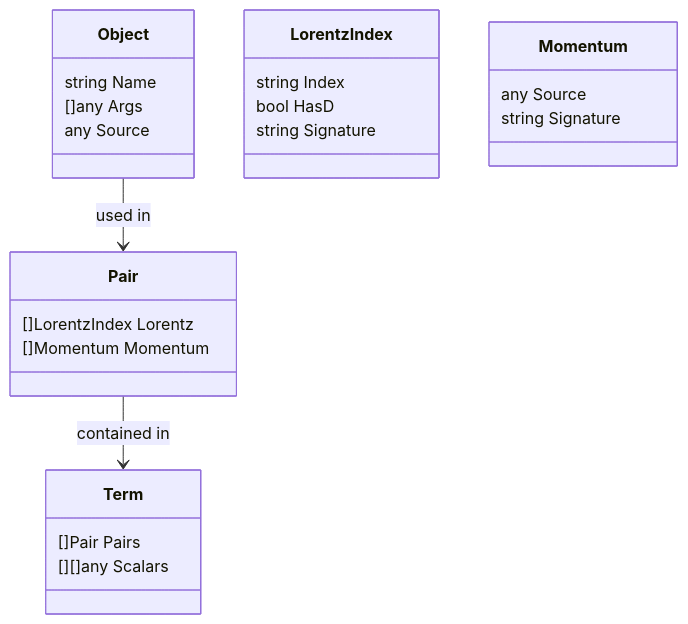
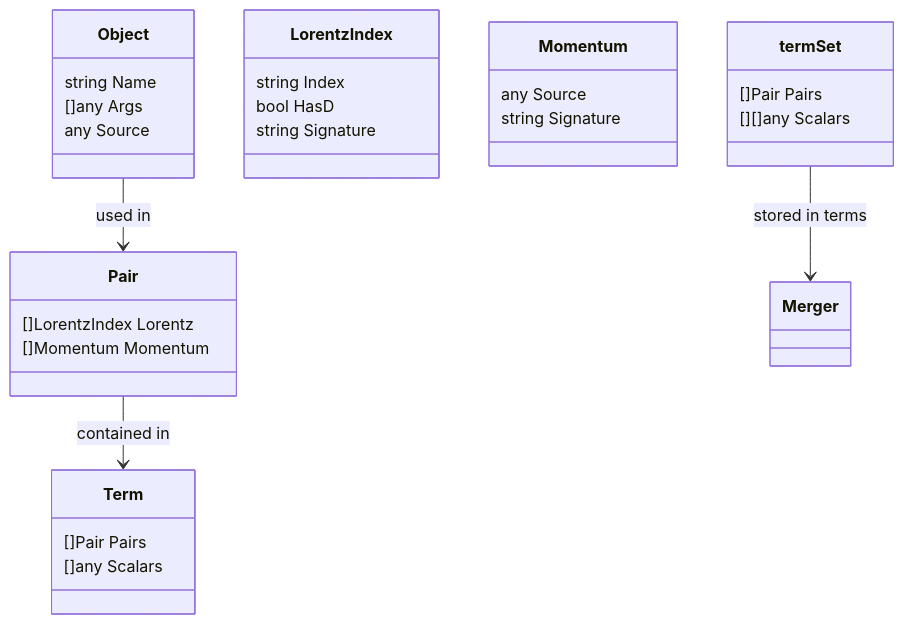
The third of 3 diagrams in AI-DOCS.md (izokina/contractor), drawn with Mermaid before and after one commit. The commit also changed other lines of this file and 8 other files, not shown here.

````diff
--- a/AI-DOCS.md
+++ b/AI-DOCS.md
@@ -137,27 +136,32 @@
 ```mermaid
 classDiagram
     class Object {
         string Name
         []any Args
         any Source
     }
     class LorentzIndex {
         string Index
         bool HasD
         string Signature
     }
     class Momentum {
         any Source
         string Signature
     }
     class Pair {
         []LorentzIndex Lorentz
         []Momentum Momentum
     }
     class Term {
         []Pair Pairs
+        []any Scalars
+    }
+    class termSet {
+        []Pair Pairs
         [][]any Scalars
     }
     Object --> Pair : used in
     Pair --> Term : contained in
+    termSet --> Merger : stored in terms
 ```
````
